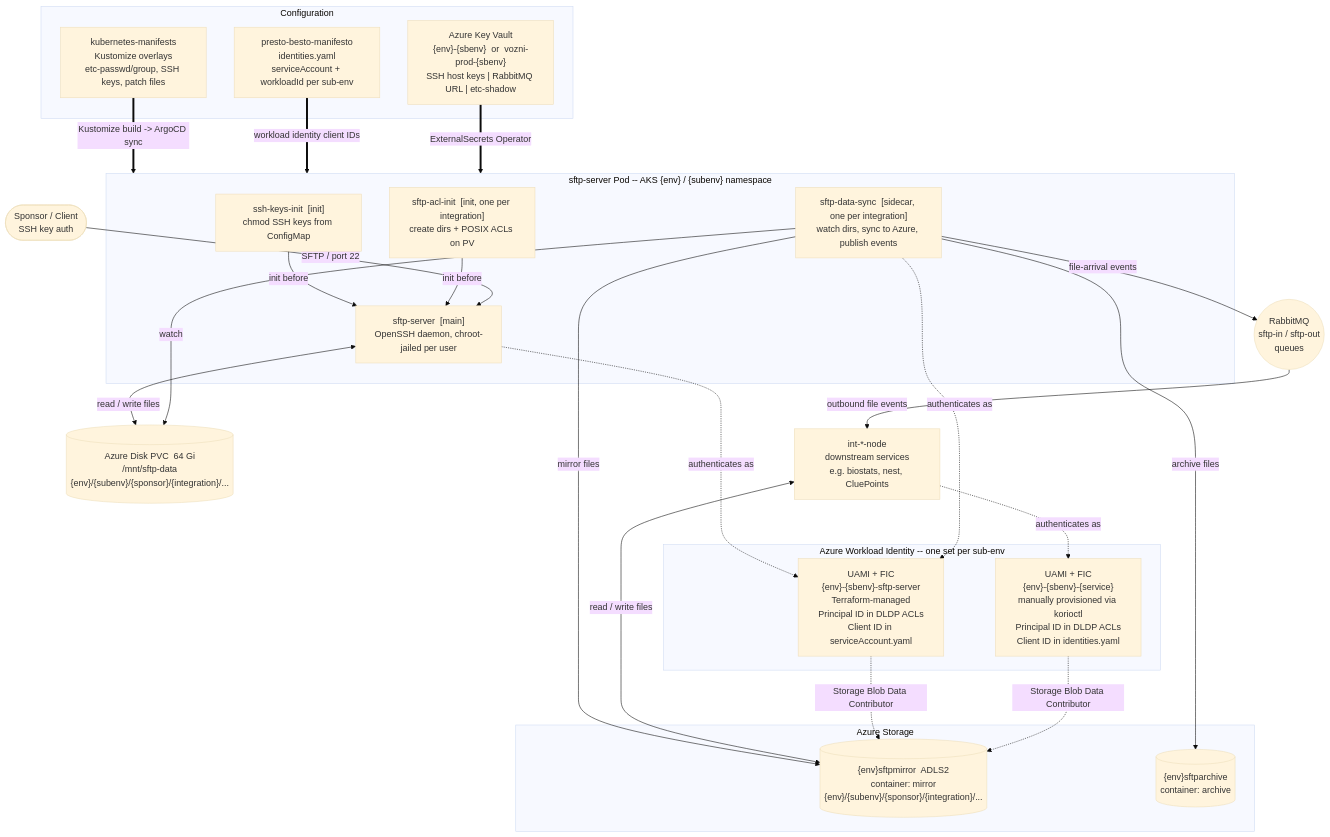
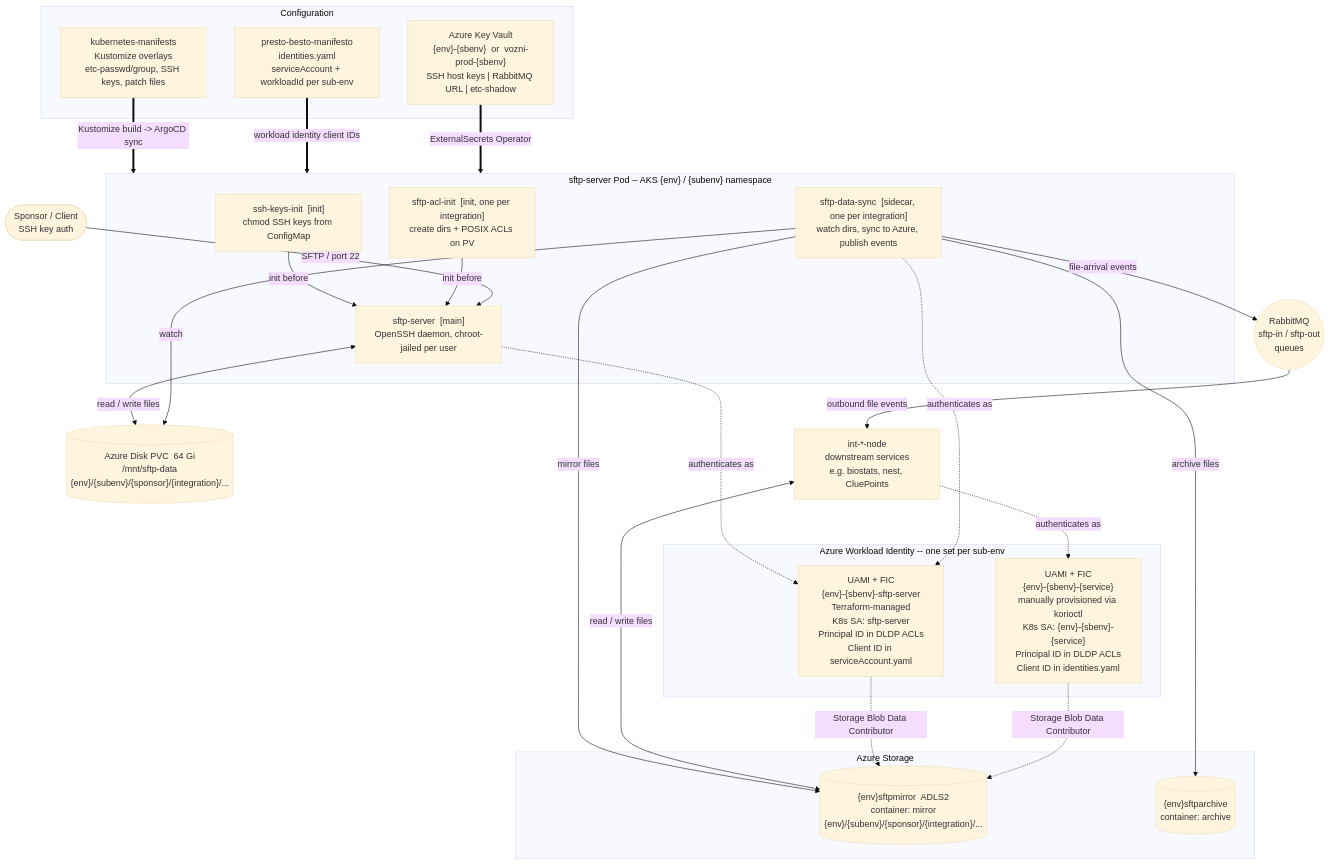
Before and after one commit to lgadallah-korio/infra-docs: the diagram in sftp.md, drawn with Mermaid (base theme). The commit also changed other lines of this file and 2 other files, not shown here.

````diff
--- a/sftp.md
+++ b/sftp.md
@@ -16,54 +16,54 @@
 ```mermaid
 graph TB
     SP(["Sponsor / Client\nSSH key auth"])
 
     subgraph Pod["sftp-server Pod  --  AKS  {env} / {subenv}  namespace"]
         I1["ssh-keys-init  [init]\nchmod SSH keys from ConfigMap"]
         I2["sftp-acl-init  [init, one per integration]\ncreate dirs + POSIX ACLs on PV"]
         SRV["sftp-server  [main]\nOpenSSH daemon, chroot-jailed per user"]
         DS["sftp-data-sync  [sidecar, one per integration]\nwatch dirs, sync to Azure, publish events"]
         I1 -->|init before| SRV
         I2 -->|init before| SRV
     end
 
     PV[("Azure Disk PVC  64 Gi\n/mnt/sftp-data\n{env}/{subenv}/{sponsor}/{integration}/...")]
 
     subgraph AzStorage["Azure Storage"]
         MIR[("{env}sftpmirror  ADLS2\ncontainer: mirror\n{env}/{subenv}/{sponsor}/{integration}/...")]
         ARC[("{env}sftparchive\ncontainer: archive")]
     end
 
     subgraph AzId["Azure Workload Identity  --  one set per sub-env"]
-        UAMIS["UAMI + FIC\n{env}-{sbenv}-sftp-server\nTerraform-managed\nPrincipal ID in DLDP ACLs\nClient ID in serviceAccount.yaml"]
-        UAMIC["UAMI + FIC\n{env}-{sbenv}-{service}\nmanually provisioned via korioctl\nPrincipal ID in DLDP ACLs\nClient ID in identities.yaml"]
+        UAMIS["UAMI + FIC\n{env}-{sbenv}-sftp-server\nTerraform-managed\nK8s SA: sftp-server\nPrincipal ID in DLDP ACLs\nClient ID in serviceAccount.yaml"]
+        UAMIC["UAMI + FIC\n{env}-{sbenv}-{service}\nmanually provisioned via korioctl\nK8s SA: {env}-{sbenv}-{service}\nPrincipal ID in DLDP ACLs\nClient ID in identities.yaml"]
     end
 
     RMQ(("RabbitMQ\nsftp-in / sftp-out\nqueues"))
 
     BE["int-*-node\ndownstream services\ne.g. biostats, nest, CluePoints"]
 
     subgraph Cfg["Configuration"]
         KM["kubernetes-manifests\nKustomize overlays\netc-passwd/group, SSH keys, patch files"]
         PBM["presto-besto-manifesto\nidentities.yaml\nserviceAccount + workloadId per sub-env"]
         KV["Azure Key Vault\n{env}-{sbenv}  or  vozni-prod-{sbenv}\nSSH host keys | RabbitMQ URL | etc-shadow"]
     end
 
     SP -->|"SFTP / port 22"| SRV
     SRV <-->|"read / write files"| PV
     DS -->|"watch"| PV
     DS -->|"mirror files"| MIR
     DS -->|"archive files"| ARC
     DS -->|"file-arrival events"| RMQ
     RMQ -->|"outbound file events"| BE
     BE <-->|"read / write files"| MIR
 
     SRV -.->|"authenticates as"| UAMIS
     DS -.->|"authenticates as"| UAMIS
     UAMIS -.->|"Storage Blob Data Contributor"| MIR
     BE -.->|"authenticates as"| UAMIC
     UAMIC -.->|"Storage Blob Data Contributor"| MIR
 
     KM ==>|"Kustomize build -> ArgoCD sync"| Pod
     PBM ==>|"workload identity client IDs"| Pod
     KV ==>|"ExternalSecrets Operator"| Pod
 ```
````
